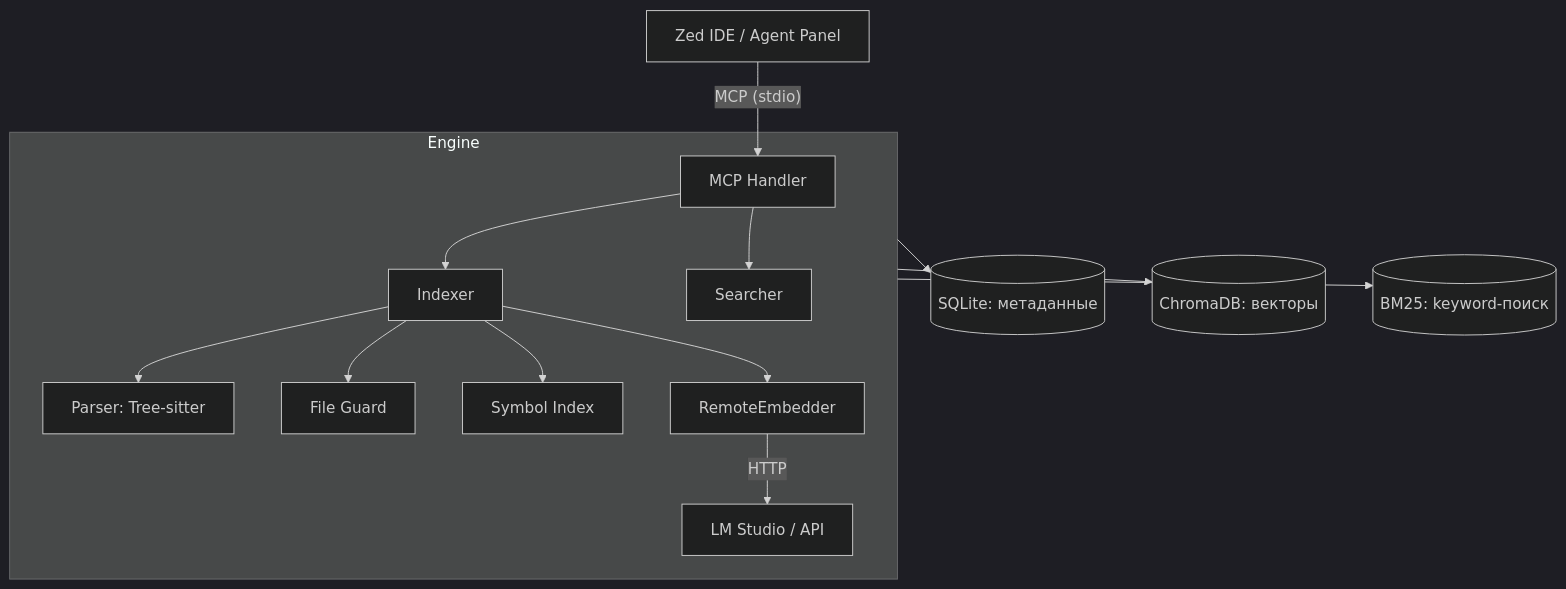
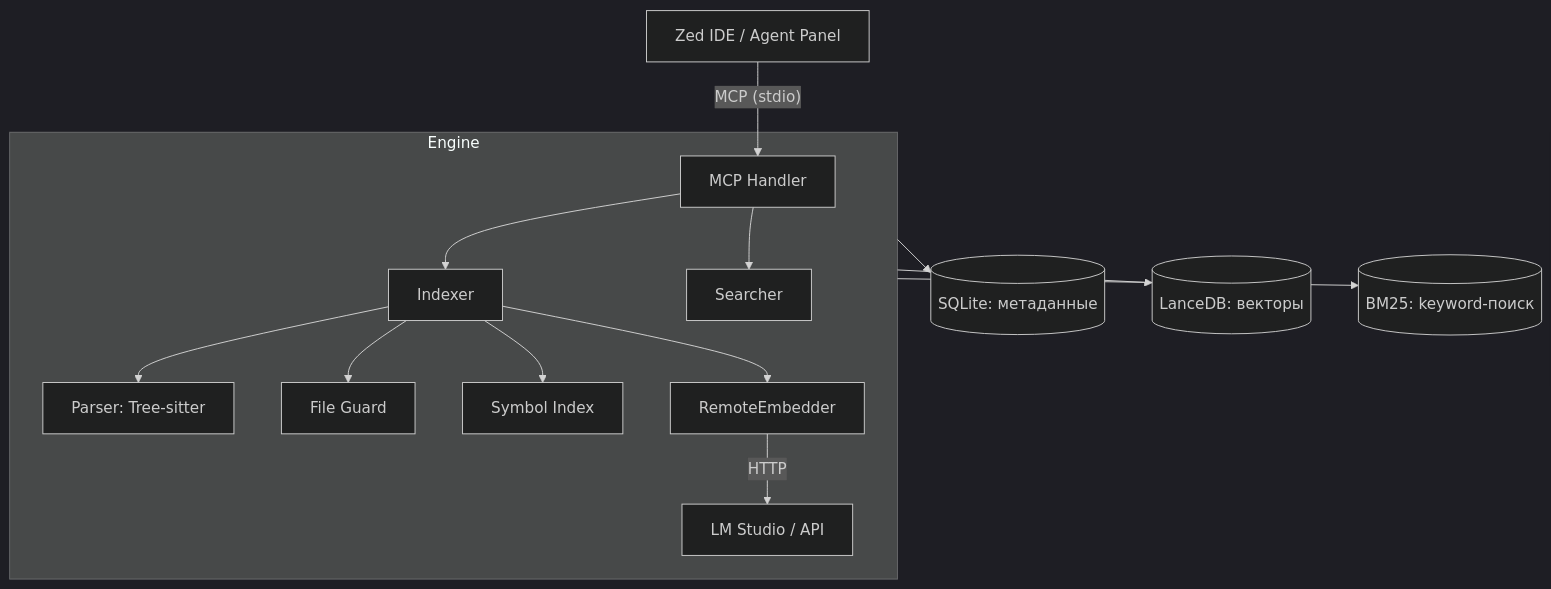
Before and after one commit to ManSio/mscodebase-intelligence: the diagram in README.md, drawn with Mermaid (dark theme). The commit also changed other lines of this file and 10 other files, not shown here.

First line of the commit message:
fix: resolve critical architectural issues and implement comprehensive mutation testing

````diff
--- a/README.md
+++ b/README.md
@@ -87,16 +93,16 @@
 ```mermaid
 graph TD
     Zed[Zed IDE / Agent Panel] -- MCP (stdio) --> Handler[MCP Handler]
     subgraph Engine
         Handler --> Indexer[Indexer]
         Handler --> Searcher[Searcher]
         Indexer --> Parser[Parser: Tree-sitter]
         Indexer --> FileGuard[File Guard]
         Indexer --> SymbolIdx[Symbol Index]
         Indexer --> RemoteEmbedder[RemoteEmbedder]
         RemoteEmbedder -- HTTP --> LMStudio[LM Studio / API]
     end
     Engine --> SQLite[(SQLite: метаданные)]
-    Engine --> Chroma[(ChromaDB: векторы)]
+    Engine --> LanceDB[(LanceDB: векторы)]
     Engine --> BM25[(BM25: keyword-поиск)]
 ```
````
